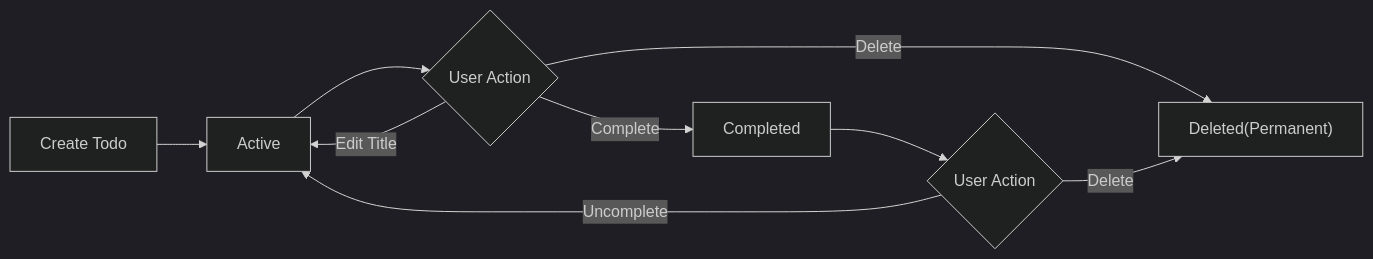
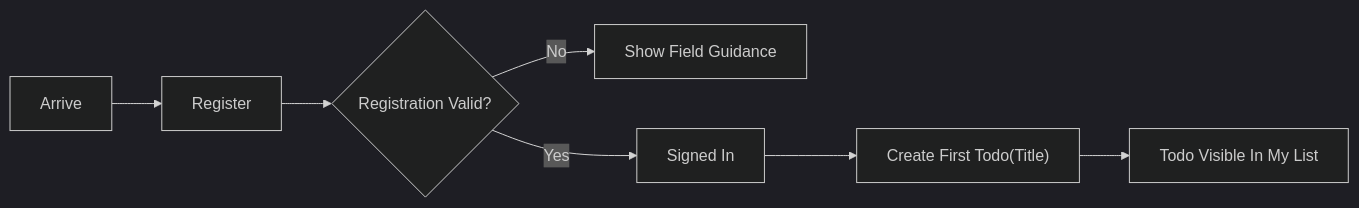
The first of 3 diagrams in openai/gpt-5/todo/docs/analysis/00-toc.md (wrtnlabs/autobe-examples), drawn with Mermaid (dark theme) before and after one commit. The commit also changed other lines of this file and 16146 other files, not shown here.

````diff
--- a/openai/gpt-5/todo/docs/analysis/00-toc.md
+++ b/openai/gpt-5/todo/docs/analysis/00-toc.md
@@ -190,11 +163,9 @@
 ```mermaid
 graph LR
-  A["Create Todo"] --> B["Active"]
-  B --> C{"User Action"}
-  C -->|"Edit Title"| B
-  C -->|"Complete"| D["Completed"]
-  C -->|"Delete"| E["Deleted(Permanent)"]
-  D --> F{"User Action"}
-  F -->|"Uncomplete"| B
-  F -->|"Delete"| E
+  A["Arrive"] --> B["Register"]
+  B --> C{"Registration Valid?"}
+  C -->|"No"| D["Show Field Guidance"]
+  C -->|"Yes"| E["Signed In"]
+  E --> F["Create First Todo(Title)"]
+  F --> G["Todo Visible In My List"]
 ```
````
